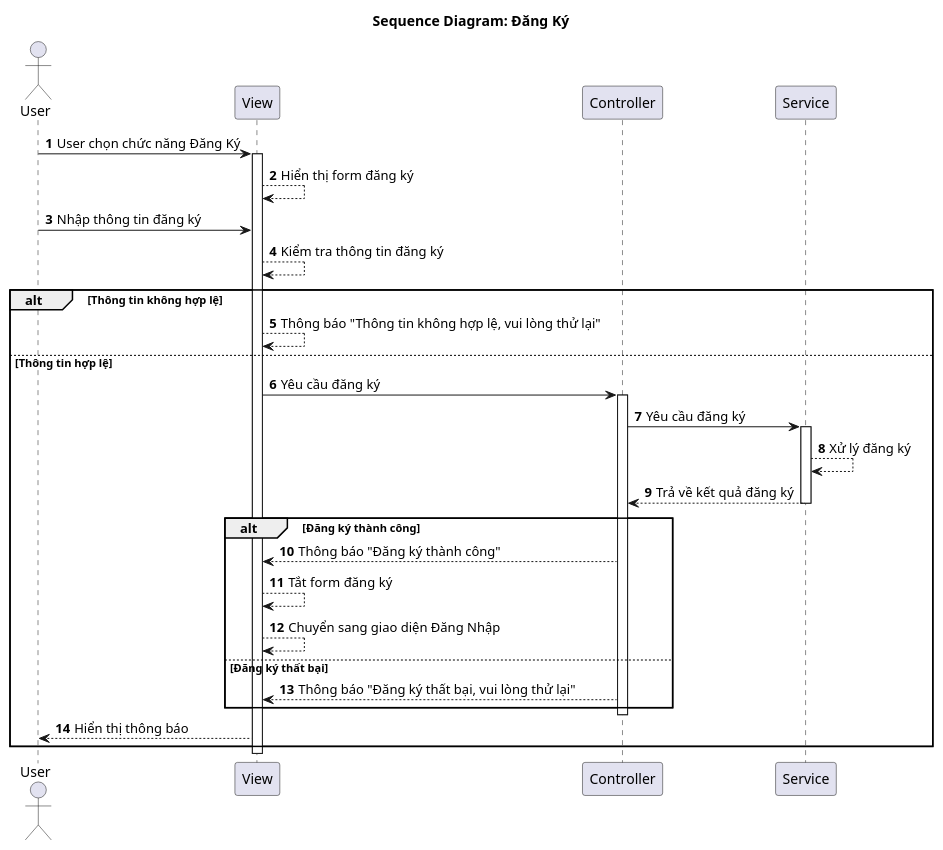
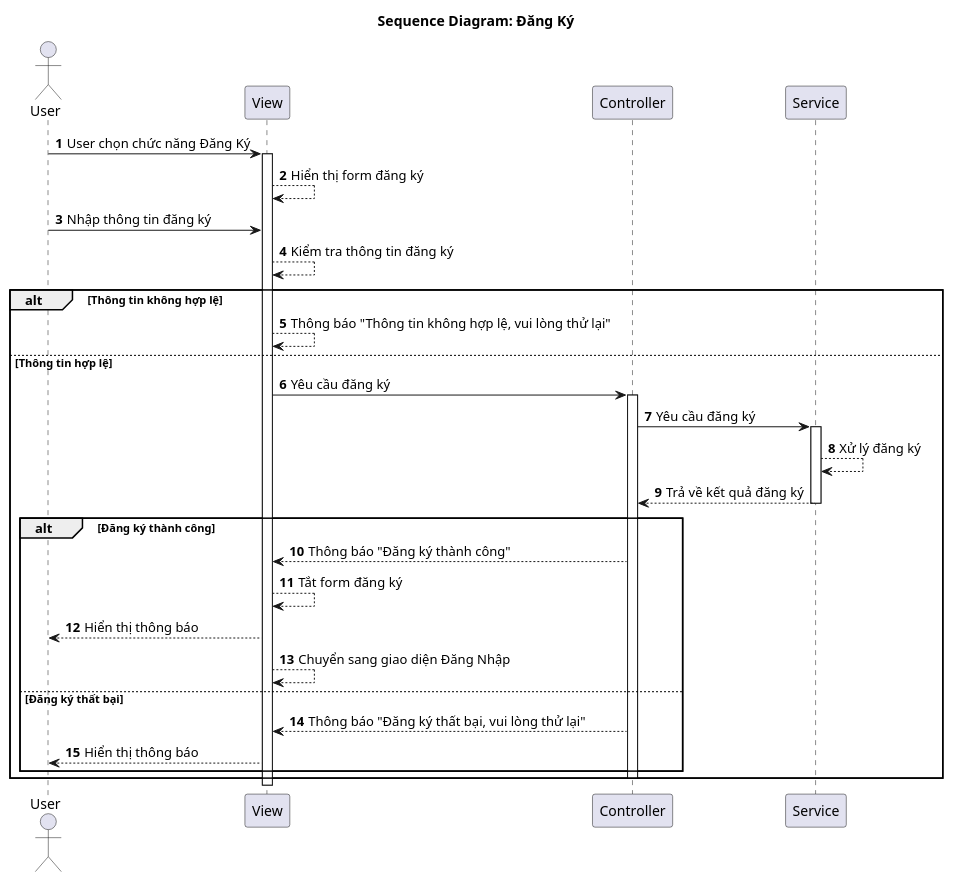
Before and after one commit to vinh047/soundwave: the diagram in Diagrams/SequenceDiagram/RegisterSD.plantuml, drawn with PlantUML. The commit also changed 4 other files, not shown here.

```diff
--- a/Diagrams/SequenceDiagram/RegisterSD.plantuml
+++ b/Diagrams/SequenceDiagram/RegisterSD.plantuml
@@ -1,39 +1,40 @@
 @startuml SD
 
 actor "User" as User
 participant "View" as View
 participant "Controller" as Controller
 participant "Service" as Service
 
 title Sequence Diagram: Đăng Ký
 
 autonumber
 
 User -> View: User chọn chức năng Đăng Ký
 activate View
 View --> View: Hiển thị form đăng ký
 User -> View: Nhập thông tin đăng ký
 View --> View: Kiểm tra thông tin đăng ký
 alt Thông tin không hợp lệ
     View --> View: Thông báo "Thông tin không hợp lệ, vui lòng thử lại"
 else Thông tin hợp lệ
     View -> Controller: Yêu cầu đăng ký
     activate Controller
     Controller -> Service: Yêu cầu đăng ký
     activate Service
     Service --> Service: Xử lý đăng ký
     Service --> Controller: Trả về kết quả đăng ký
     deactivate Service
     alt Đăng ký thành công
         Controller --> View: Thông báo "Đăng ký thành công"
         View --> View: Tắt form đăng ký
+        View --> User: Hiển thị thông báo
         View --> View: Chuyển sang giao diện Đăng Nhập
     else Đăng ký thất bại
         Controller --> View: Thông báo "Đăng ký thất bại, vui lòng thử lại"
+        View --> User: Hiển thị thông báo
     end
     deactivate Controller
-    View --> User: Hiển thị thông báo
 end
 
 deactivate View
 @enduml
```
